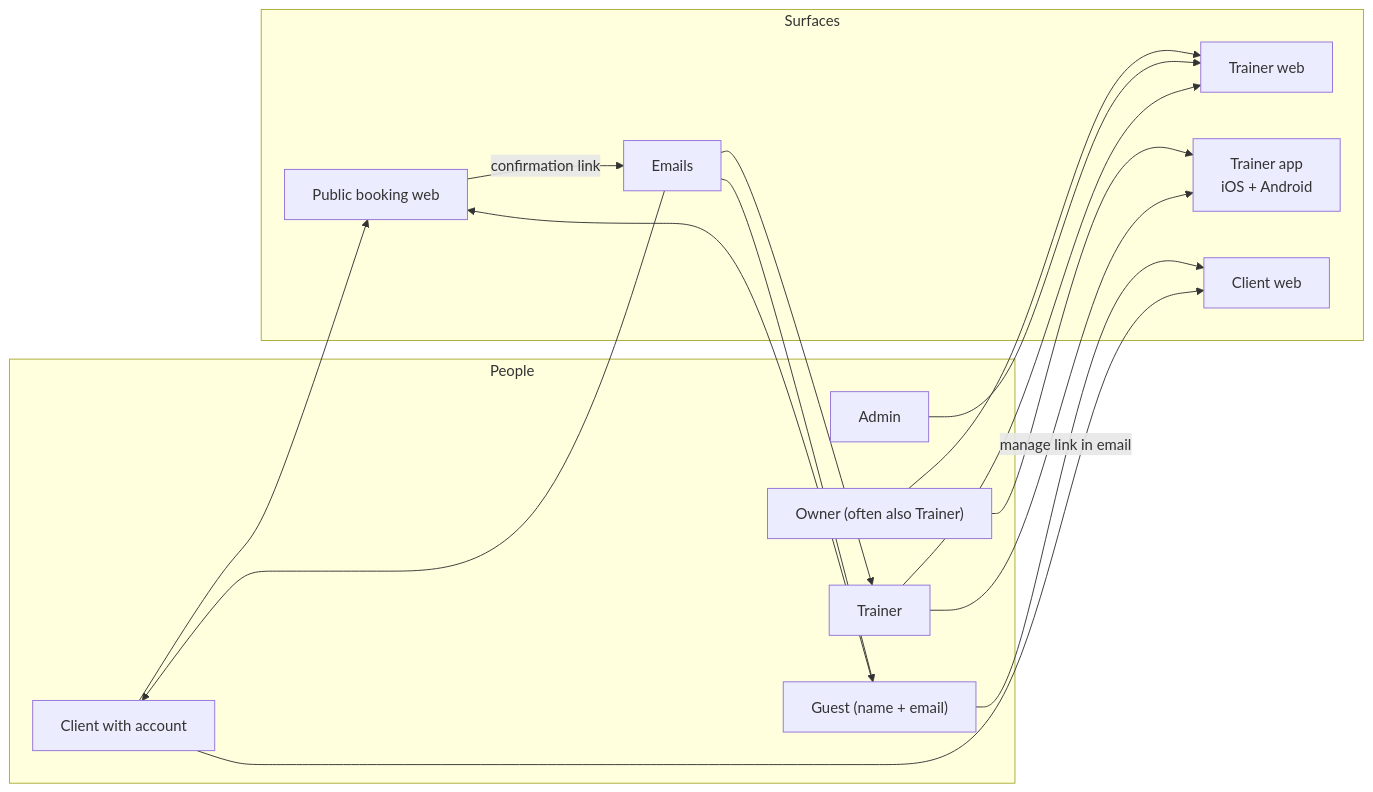
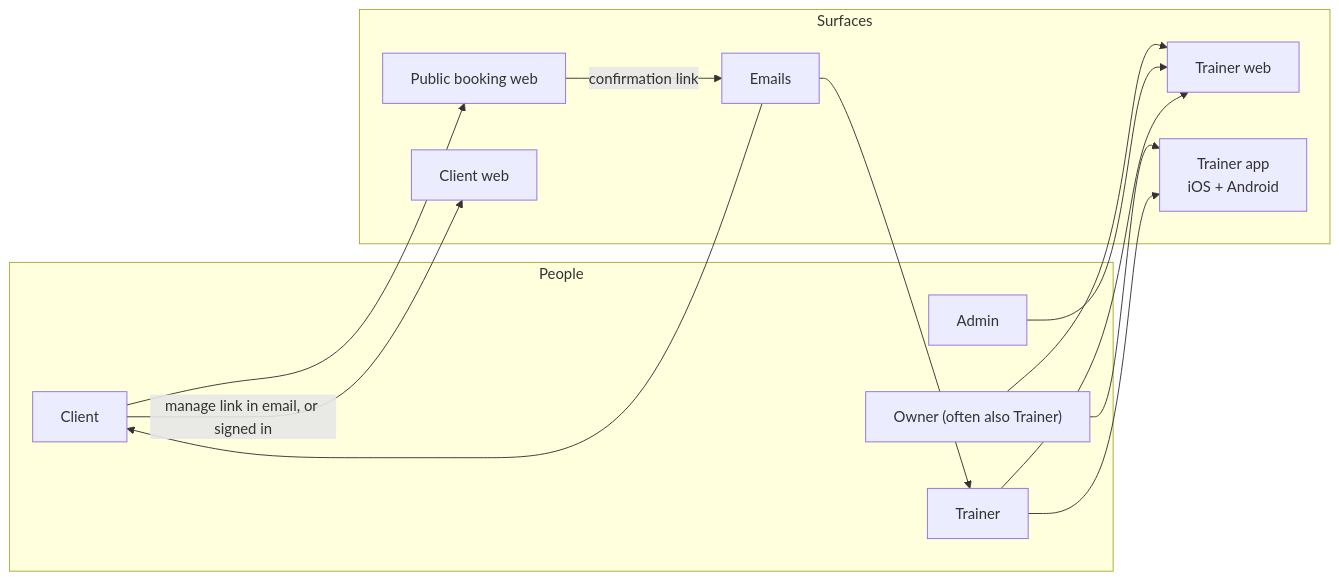
Before and after one commit to fivvi-app/fivvi: the first of 5 diagrams in docs/design/information-architecture.md, drawn with Mermaid. The commit also changed other lines of this file and 16 other files, not shown here.

````diff
--- a/docs/design/information-architecture.md
+++ b/docs/design/information-architecture.md
@@ -35,30 +35,26 @@
 ```mermaid
 flowchart LR
   subgraph People
     O["Owner (often also Trainer)"]
     A["Admin"]
     T["Trainer"]
-    C["Client with account"]
-    G["Guest (name + email)"]
+    C["Client"]
   end
   subgraph Surfaces
     TW["Trainer web"]
     TM["Trainer app<br/>iOS + Android"]
     PB["Public booking web"]
     CW["Client web"]
     EM["Emails"]
   end
   O --> TW
   O --> TM
   A --> TW
   T --> TM
   T --> TW
-  G --> PB
   C --> PB
-  G -- "manage link in email" --> CW
-  C --> CW
-  EM --> G
+  C -- "manage link in email, or signed in" --> CW
   EM --> C
   EM --> T
   PB -- "confirmation link" --> EM
 ```
````
